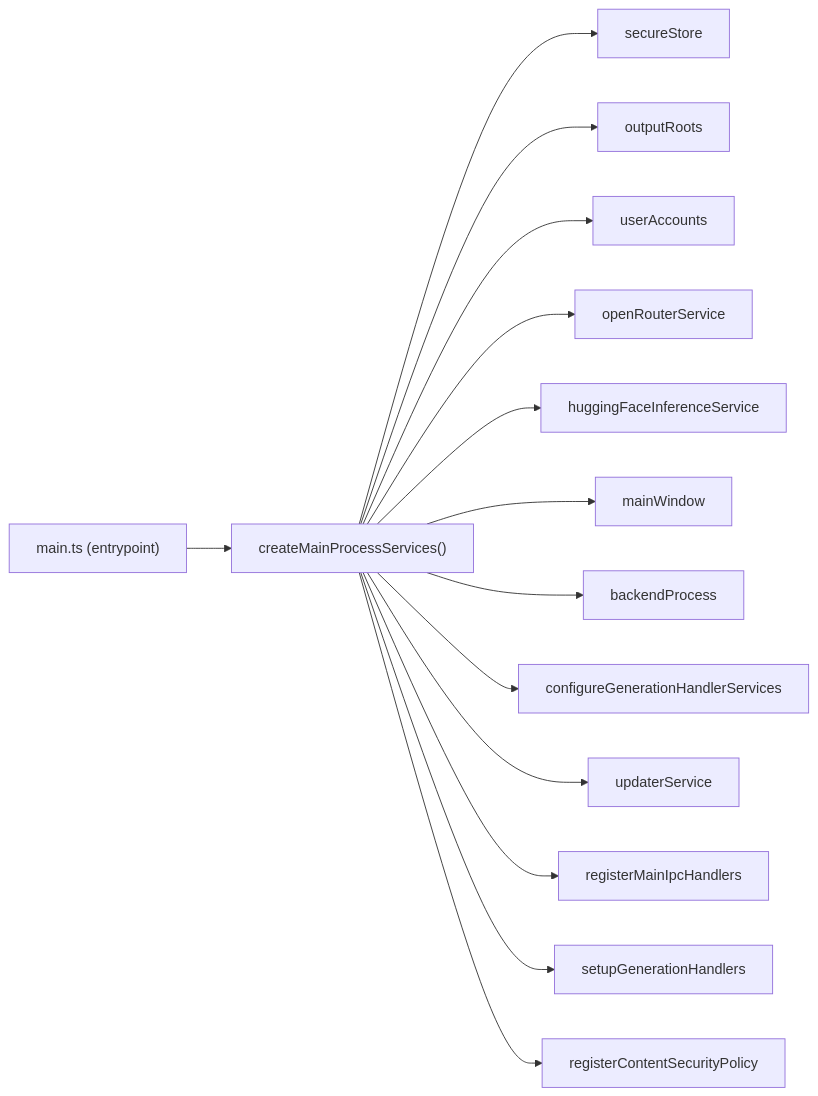
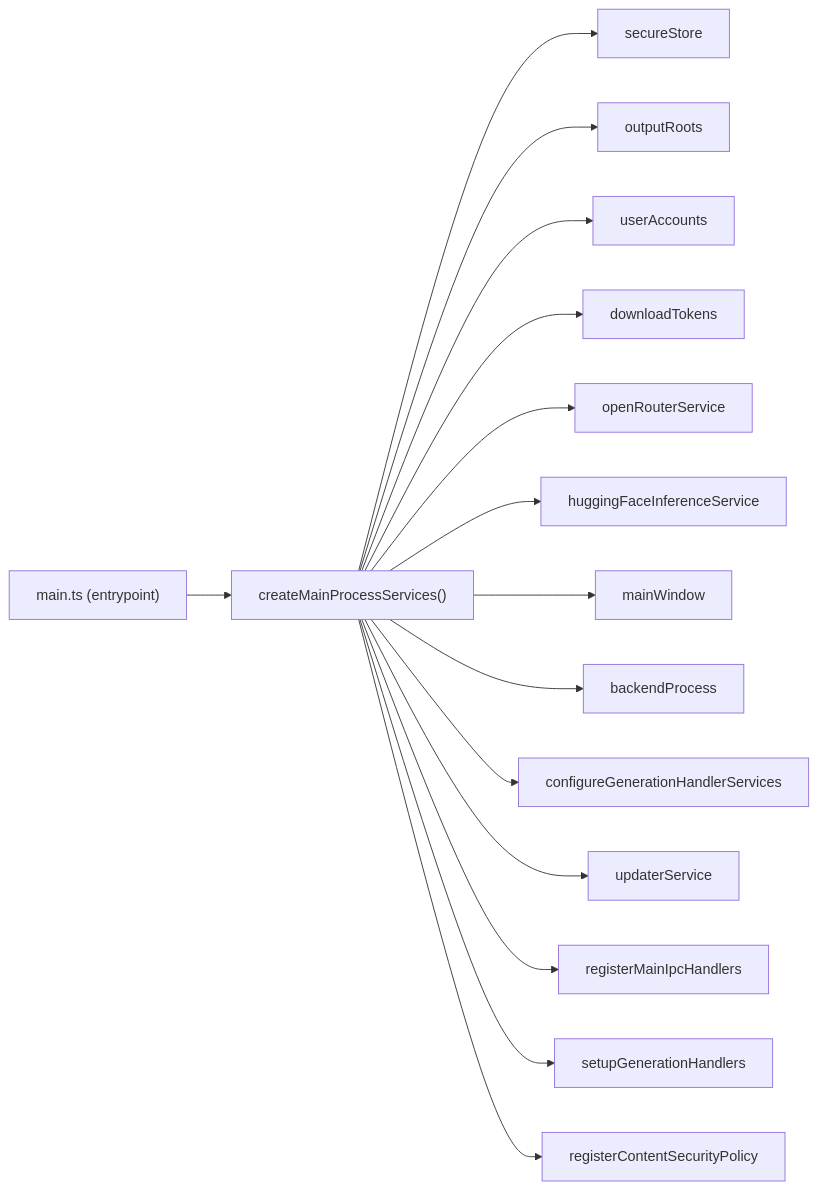
The second of 11 diagrams in docs/diagrams/diagrams.md (Git-Rocky-Stack/vision-studio), drawn with Mermaid before and after one commit. The commit also changed other lines of this file and 43 other files, not shown here.

````diff
--- a/docs/diagrams/diagrams.md
+++ b/docs/diagrams/diagrams.md
@@ -52,16 +52,17 @@
 ```mermaid
 graph LR
     Boot["main.ts (entrypoint)"] --> CMS["createMainProcessServices()"]
     CMS --> SS[secureStore]
     CMS --> OR[outputRoots]
     CMS --> UA[userAccounts]
+    CMS --> DT[downloadTokens]
     CMS --> ORS[openRouterService]
     CMS --> HFS[huggingFaceInferenceService]
     CMS --> MW[mainWindow]
     CMS --> BP[backendProcess]
     CMS --> CGHS[configureGenerationHandlerServices]
     CMS --> UPD[updaterService]
     CMS --> RIH[registerMainIpcHandlers]
     CMS --> SGH[setupGenerationHandlers]
     CMS --> RCSP[registerContentSecurityPolicy]
 ```
````
